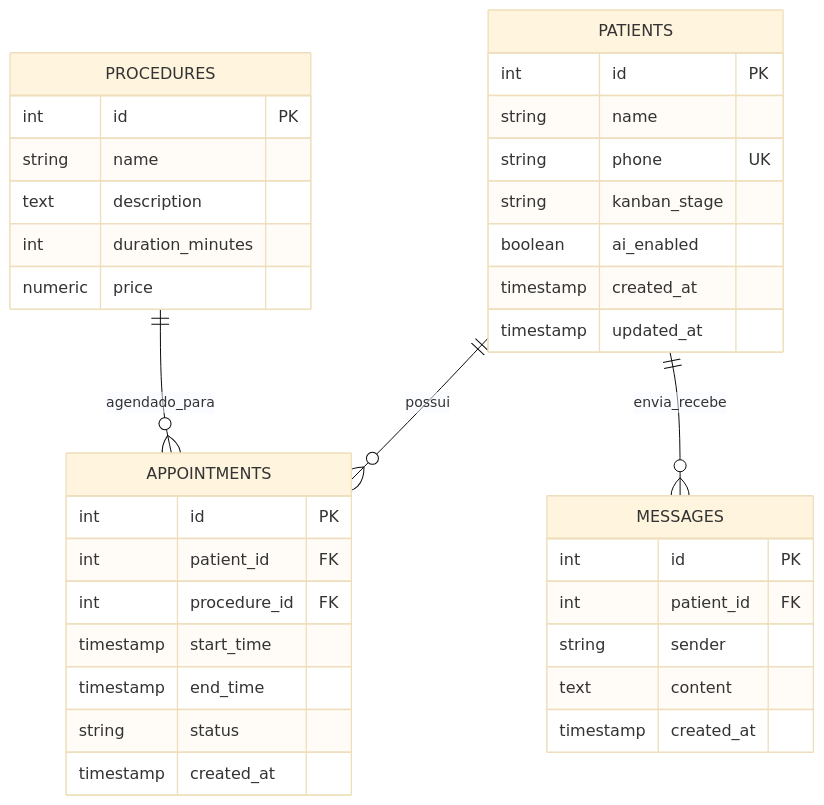
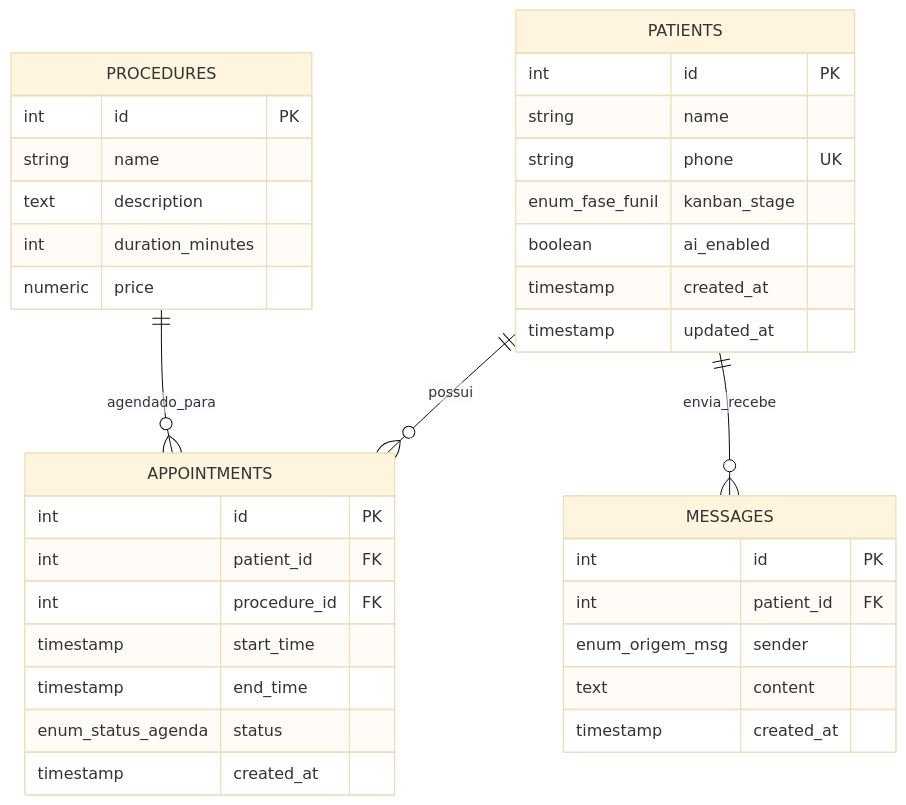
The diagram in specs/001-unic-clinic-system/data-model.md (murillo1994/smartclass), drawn with Mermaid (base theme) before and after one commit. The commit also changed other lines of this file and 2 other files, not shown here.

````diff
--- a/specs/001-unic-clinic-system/data-model.md
+++ b/specs/001-unic-clinic-system/data-model.md
@@ -7,42 +7,42 @@
 ```mermaid
 erDiagram
     PATIENTS ||--o{ APPOINTMENTS : possui
     PATIENTS ||--o{ MESSAGES : envia_recebe
     PROCEDURES ||--o{ APPOINTMENTS : agendado_para
     
     PATIENTS {
         int id PK
         string name
         string phone UK
-        string kanban_stage
+        enum_fase_funil kanban_stage
         boolean ai_enabled
         timestamp created_at
         timestamp updated_at
     }
     
     PROCEDURES {
         int id PK
         string name
         text description
         int duration_minutes
         numeric price
     }
     
     APPOINTMENTS {
         int id PK
         int patient_id FK
         int procedure_id FK
         timestamp start_time
         timestamp end_time
-        string status
+        enum_status_agenda status
         timestamp created_at
     }
     
     MESSAGES {
         int id PK
         int patient_id FK
-        string sender
+        enum_origem_msg sender
         text content
         timestamp created_at
     }
 ```
````
